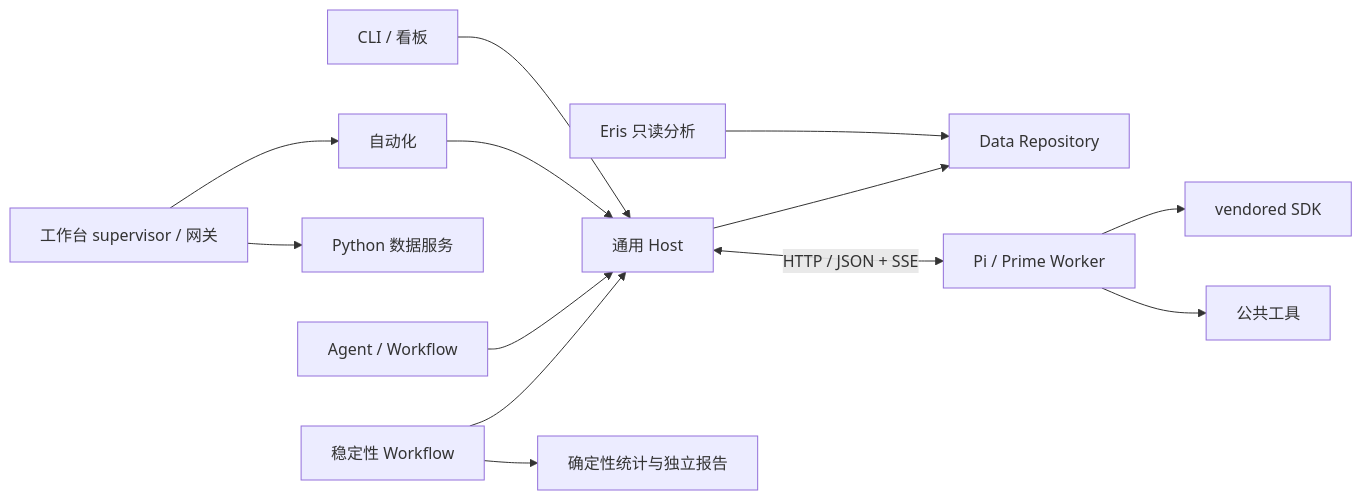
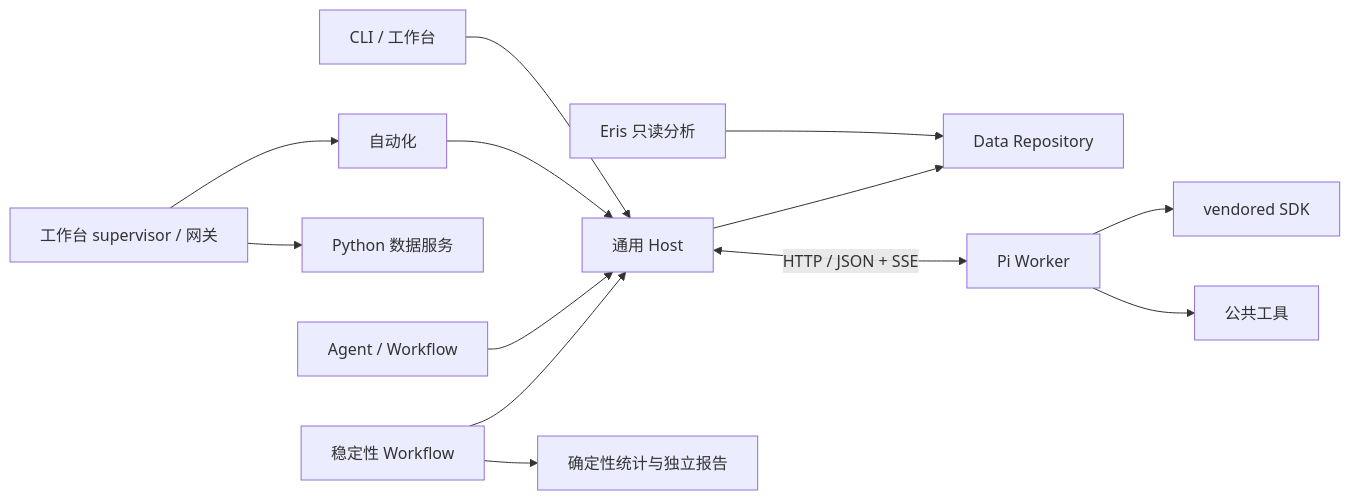
The diagram in docs/architecture.md (cmy-hhxx/agent_eval_harness), drawn with Mermaid before and after one commit. The commit also changed other lines of this file and 1352 other files, not shown here.

````diff
--- a/docs/architecture.md
+++ b/docs/architecture.md
@@ -9,15 +9,15 @@
 ```mermaid
 flowchart LR
-  CLI[CLI / 看板] --> Host[通用 Host]
+  CLI[CLI / 工作台] --> Host[通用 Host]
   Automation[自动化] --> Host
 Workbench[工作台 supervisor / 网关] --> Automation
 Workbench --> DataService[Python 数据服务]
   Eris[Eris 只读分析] --> Data
   Definitions[Agent / Workflow] --> Host
   Validation[稳定性 Workflow] --> Host
   Validation --> Statistics[确定性统计与独立报告]
   Host --> Data[Data Repository]
-  Host <-->|HTTP / JSON + SSE| Worker[Pi / Prime Worker]
+  Host <-->|HTTP / JSON + SSE| Worker[Pi Worker]
   Worker --> SDK[vendored SDK]
   Worker --> Tools[公共工具]
 ```
````
